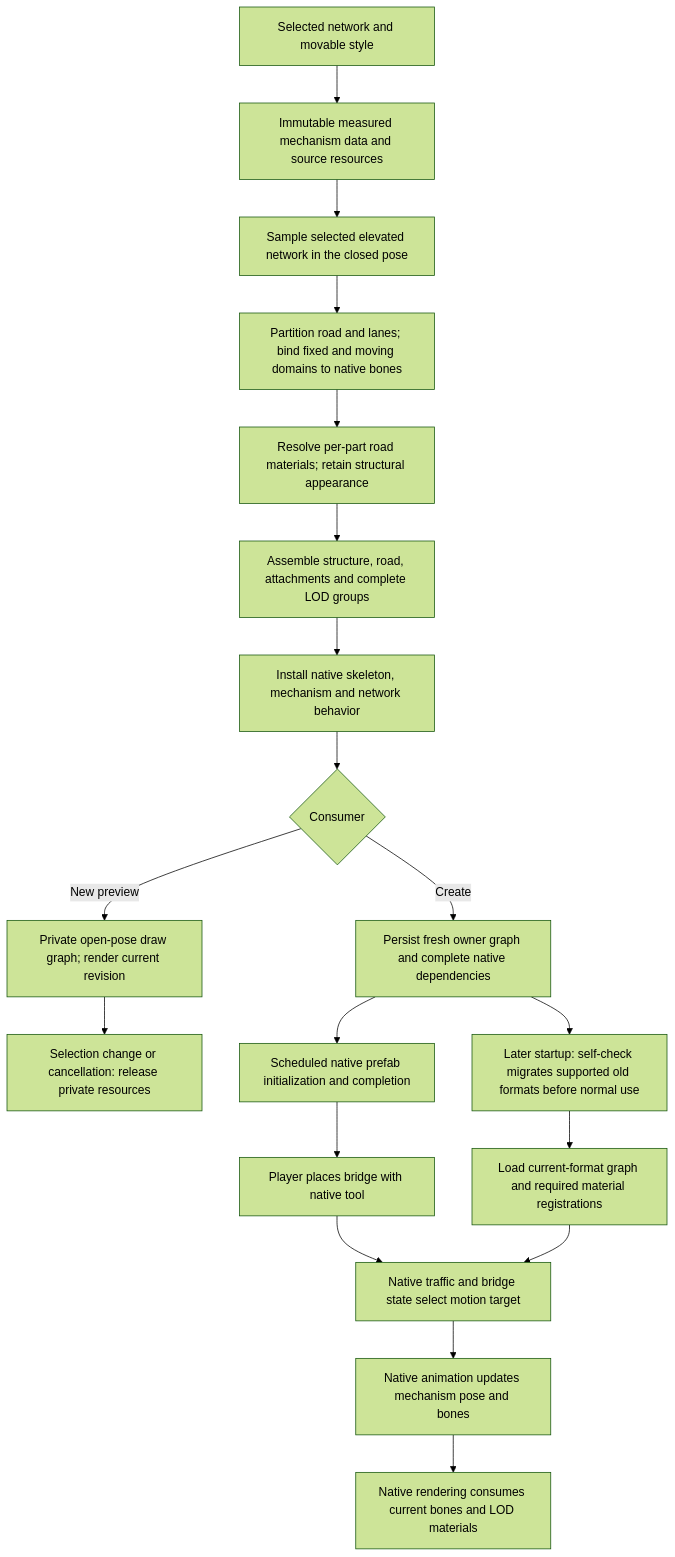
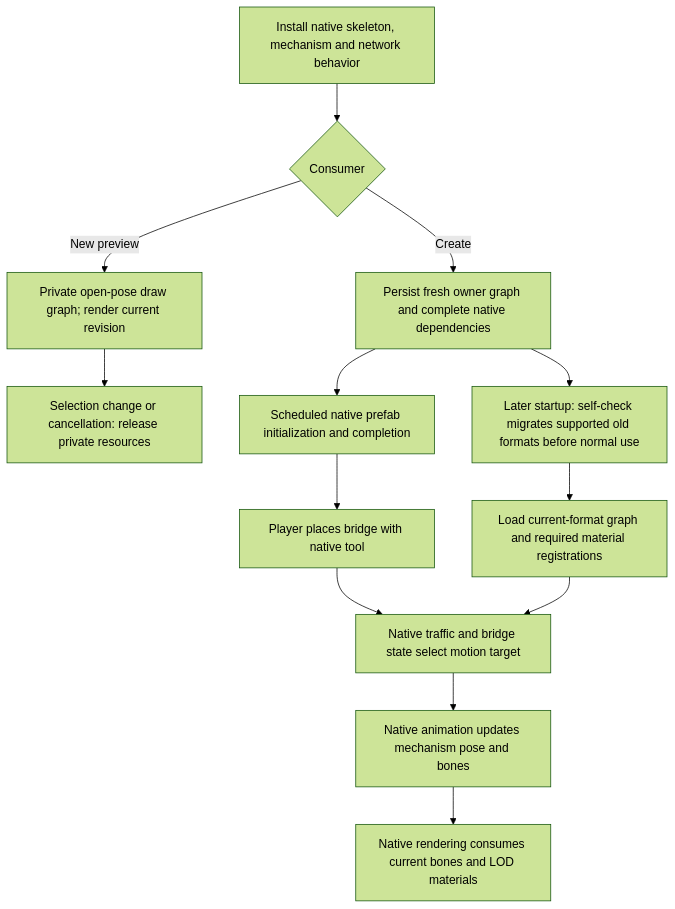
Before and after one commit to Chengxuan-He/CS2BridgeBuilder: the fifth of 14 diagrams in docs/specs/generation-spec.md, drawn with Mermaid (forest theme). The commit also changed other lines of this file and 67 other files, not shown here.

````diff
--- a/docs/specs/generation-spec.md
+++ b/docs/specs/generation-spec.md
@@ -89,21 +122,16 @@
 ```mermaid
 flowchart TD
-    Input["Selected network and movable style"] --> Evidence["Immutable measured mechanism data and source resources"]
-    Evidence --> Closed["Sample selected elevated network in the closed pose"]
-    Closed --> Bind["Partition road and lanes; bind fixed and moving domains to native bones"]
-    Bind --> Appearance["Resolve per-part road materials; retain structural appearance"]
-    Appearance --> Assemble["Assemble structure, road, attachments and complete LOD groups"]
-    Assemble --> Native["Install native skeleton, mechanism and network behavior"]
+    Native["Install native skeleton, mechanism and network behavior"]
     Native --> Kind{"Consumer"}
     Kind -->|New preview| Preview["Private open-pose draw graph; render current revision"]
     Preview --> Release["Selection change or cancellation: release private resources"]
     Kind -->|Create| Save["Persist fresh owner graph and complete native dependencies"]
     Save --> Publish["Scheduled native prefab initialization and completion"]
     Publish --> Place["Player places bridge with native tool"]
     Place --> Signals["Native traffic and bridge state select motion target"]
     Signals --> Pose["Native animation updates mechanism pose and bones"]
     Pose --> Render["Native rendering consumes current bones and LOD materials"]
     Save --> Reload["Later startup: self-check migrates supported old formats before normal use"]
     Reload --> Current["Load current-format graph and required material registrations"]
     Current --> Signals
 ```
````
